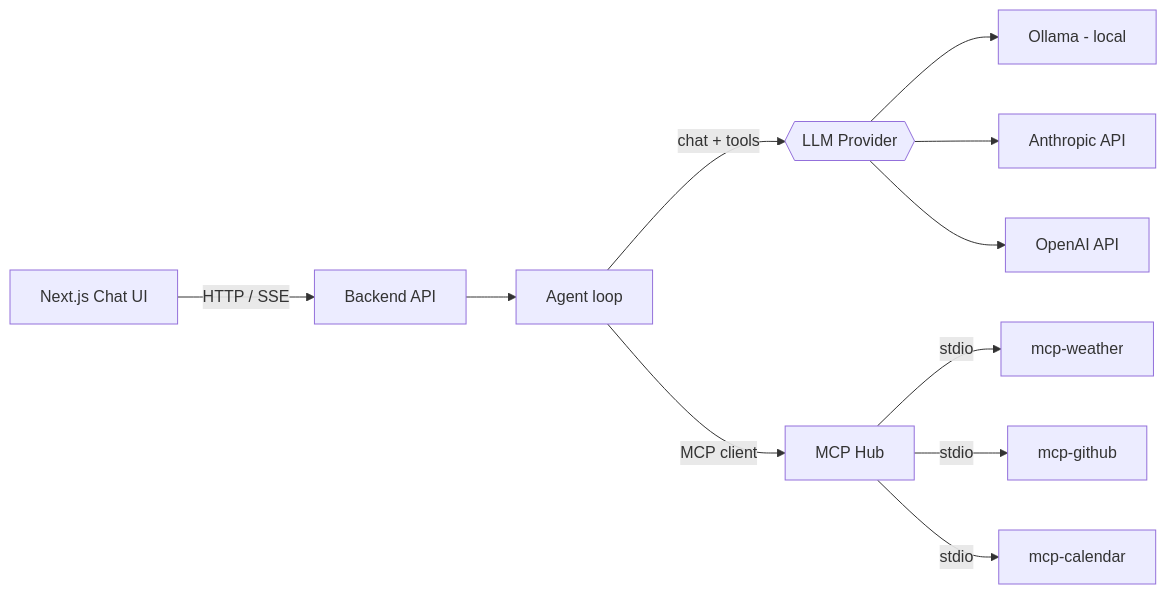
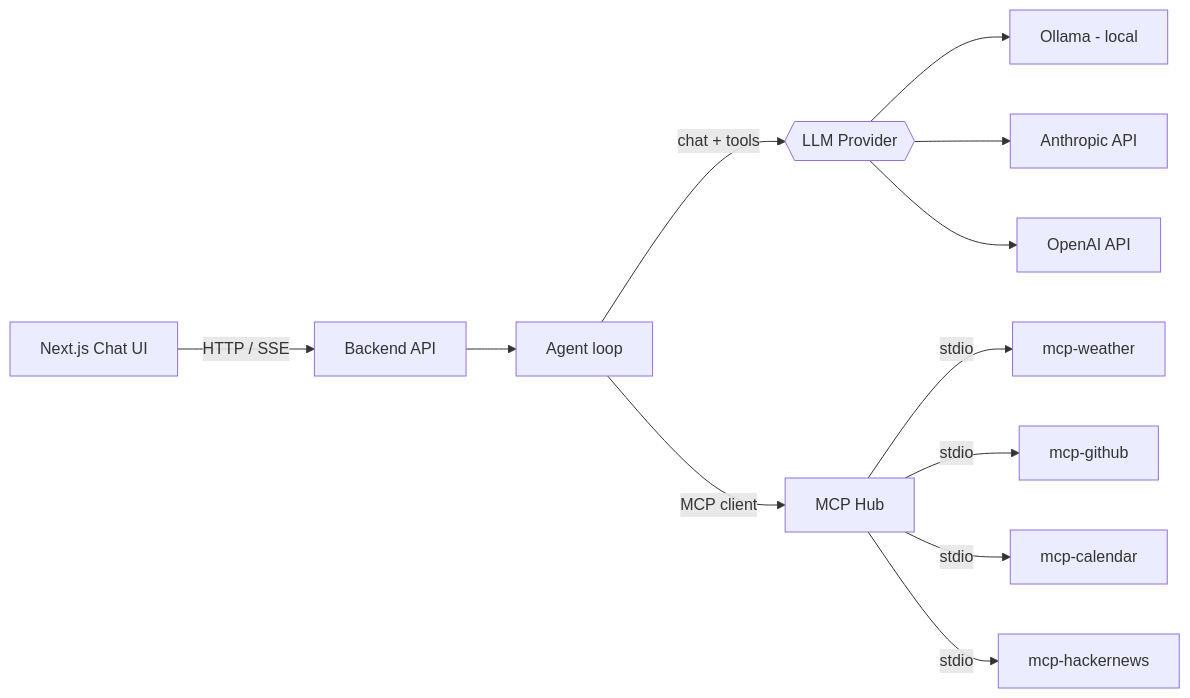
The diagram in README.MD (Tin280/Ai-agent), drawn with Mermaid before and after one commit. The commit also changed other lines of this file, not shown here.

````diff
--- a/README.MD
+++ b/README.MD
@@ -15,13 +15,14 @@
 ```mermaid
 flowchart LR
     UI[Next.js Chat UI] -->|HTTP / SSE| API[Backend API]
     API --> Agent[Agent loop]
     Agent -->|chat + tools| LLM{{LLM Provider}}
     LLM --> Ollama[Ollama - local]
     LLM --> Claude[Anthropic API]
     LLM --> OpenAI[OpenAI API]
     Agent -->|MCP client| Hub[MCP Hub]
     Hub -->|stdio| W[mcp-weather]
     Hub -->|stdio| G[mcp-github]
     Hub -->|stdio| C[mcp-calendar]
+    Hub -->|stdio| H[mcp-hackernews]
 ```
````
